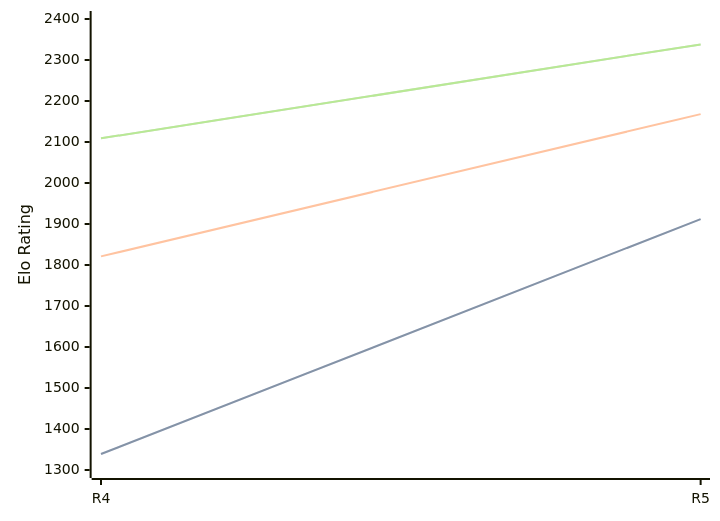
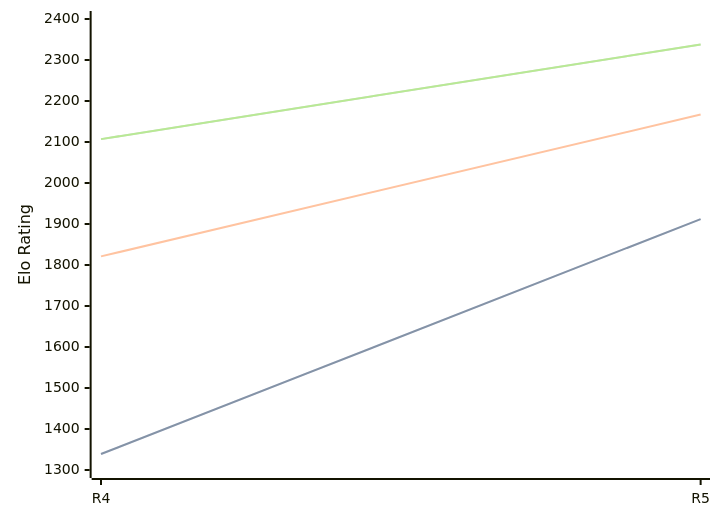
Before and after one commit to computer-chess-index/cci: the diagram in engines/Viking.md, drawn with Mermaid. The commit also changed other lines of this file, not shown here.

Commit message:
Update CCI Ratings (ELO VLTC) - 2026-07-27

````diff
--- a/engines/Viking.md
+++ b/engines/Viking.md
@@ -35,11 +35,11 @@
 ```mermaid
 %%{init: {"theme":"base","themeVariables":{"seriesColors:['#a3a3a3','#222221','#faa371']}}}%%
 xychart-beta
   x-axis ["R4", "R5"]
   y-axis "Elo Rating" 1300 --> 2400
   line "STC (8.0+0.08s)" [1339, 1912]
   line "STC (8.0+0.08s)" [1339, 1912]
-  line "LTC (60.0+0.60s)" [1821, 2168]
-  line "VLTC (2m24s+1.12s)" [2109, 2338]
-  line "VLTC (2m24s+1.12s)" [2109, 2338]
+  line "LTC (60.0+0.60s)" [1821, 2167]
+  line "VLTC (2m24s+1.12s)" [2107, 2338]
+  line "VLTC (2m24s+1.12s)" [2107, 2338]
 ```
````
